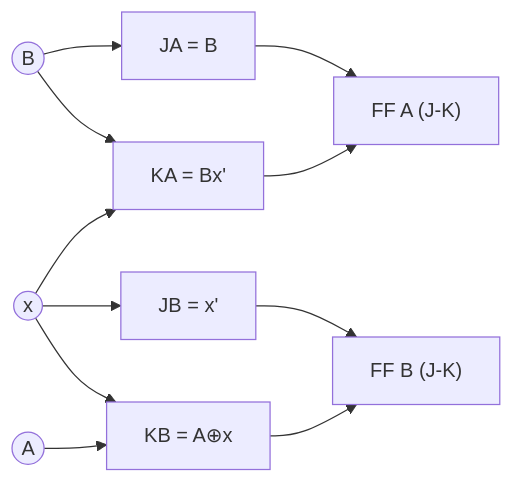
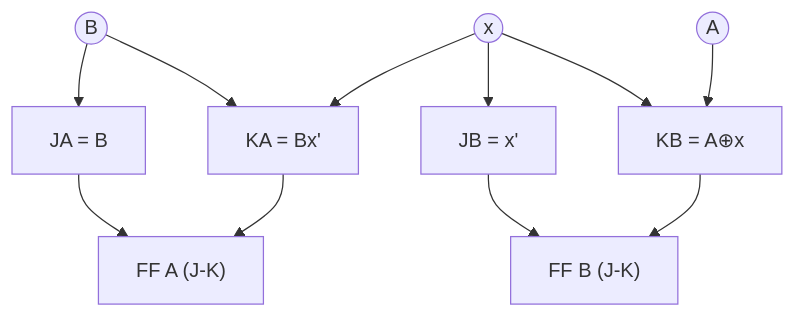
One commit to ashura-01/academics-3.1 changed diagram 16 of 16 in DSD/Lecture3.md. Above: the diagram before and after it, drawn with Mermaid. The commit also changed other lines of this file, not shown here.

````diff
--- a/DSD/Lecture3.md
+++ b/DSD/Lecture3.md
@@ -529,13 +518,13 @@
 ```mermaid
-flowchart LR
-    x((x)) --> KAlogic
+flowchart TB
     B((B)) --> JA["JA = B"]
     B --> KAlogic["KA = Bx'"]
+    x((x)) --> KAlogic
     x --> JBlogic["JB = x'"]
     A((A)) --> KBlogic["KB = A⊕x"]
     x --> KBlogic
     JA --> FFA["FF A (J-K)"]
     KAlogic --> FFA
     JBlogic --> FFB["FF B (J-K)"]
     KBlogic --> FFB
 ```
````
